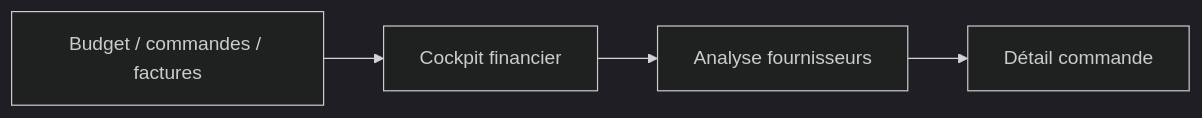
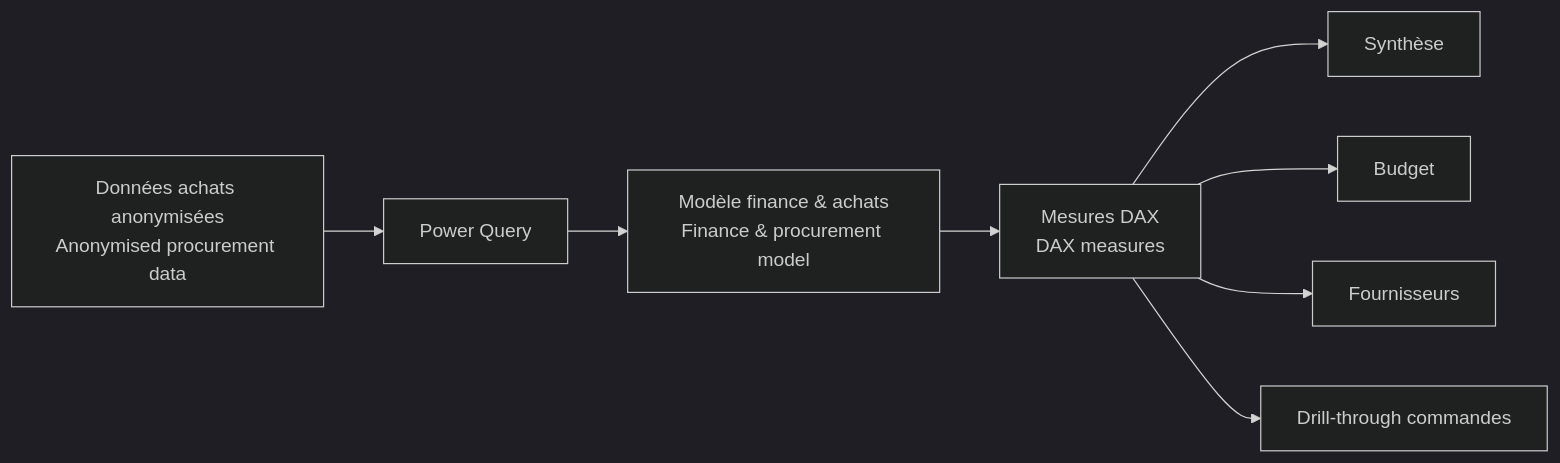
One commit to jeffersonkuku/powerbi-portfolio-projects changed the second of 2 diagrams in powerbi-financial-pilotage-portfolio/README.md. Above: the diagram before and after it, drawn with Mermaid (dark theme). The commit also changed other lines of this file and 4 other files, not shown here.

````diff
--- a/powerbi-financial-pilotage-portfolio/README.md
+++ b/powerbi-financial-pilotage-portfolio/README.md
@@ -43,6 +58,10 @@
 ```mermaid
 flowchart LR
-    A[Budget / commandes / factures] --> B[Cockpit financier]
-    B --> C[Analyse fournisseurs]
-    C --> D[Détail commande]
+    A[Données achats anonymisées<br/>Anonymised procurement data] --> B[Power Query]
+    B --> C[Modèle finance & achats<br/>Finance & procurement model]
+    C --> D[Mesures DAX<br/>DAX measures]
+    D --> E[Synthèse]
+    D --> F[Budget]
+    D --> G[Fournisseurs]
+    D --> H[Drill-through commandes]
 ```
````
